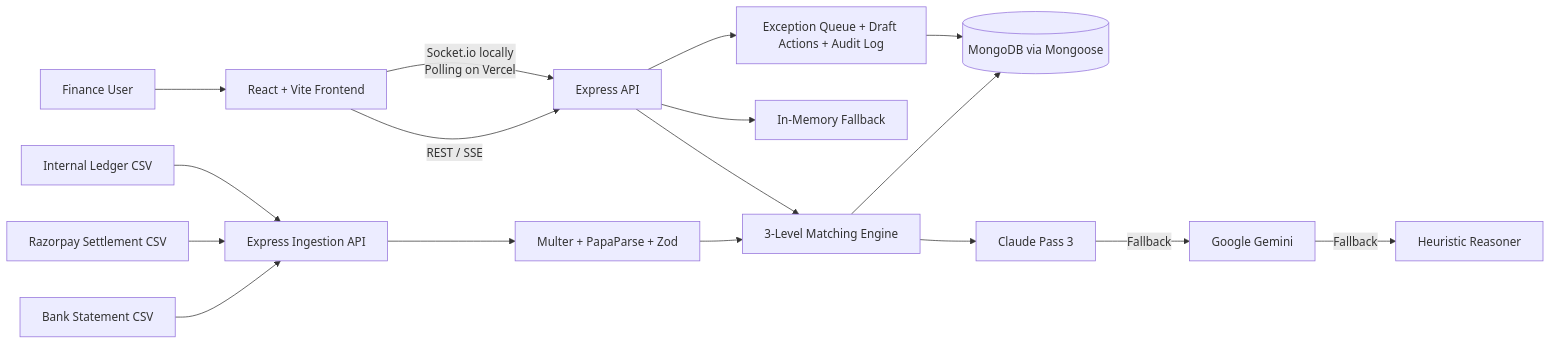
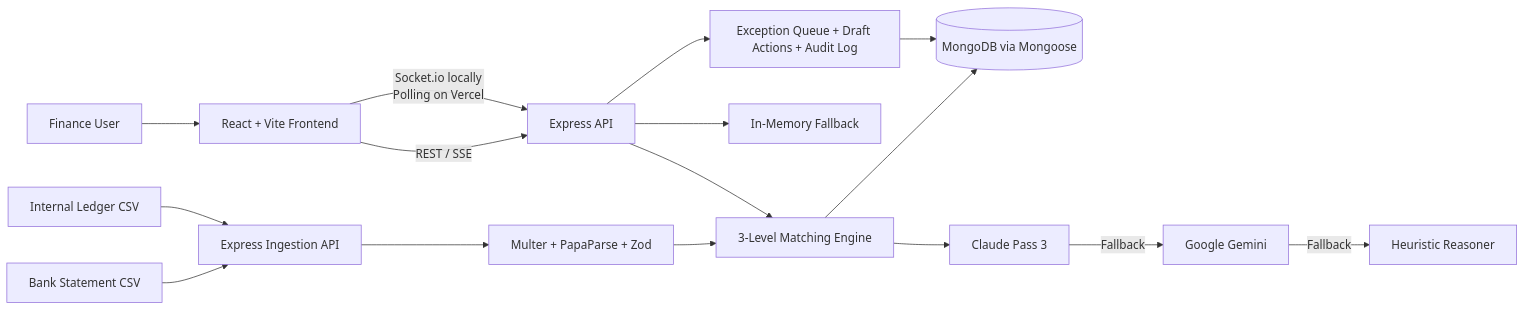
One commit to Karan174Pareek/Reconcile-AI changed the diagram in README.md. Above: the diagram before and after it, drawn with Mermaid. The commit also changed other lines of this file and 50 other files, not shown here.

````diff
--- a/README.md
+++ b/README.md
@@ -25,21 +25,20 @@
 ```mermaid
 flowchart LR
     U[Finance User] --> FE[React + Vite Frontend]
 
     B[Bank Statement CSV] --> ING[Express Ingestion API]
-    R[Razorpay Settlement CSV] --> ING
     L[Internal Ledger CSV] --> ING
 
     FE -->|REST / SSE| API[Express API]
     FE -->|Socket.io locally<br/>Polling on Vercel| API
     ING --> VAL[Multer + PapaParse + Zod]
     VAL --> ENG[3-Level Matching Engine]
     API --> ENG
     ENG --> DB[(MongoDB via Mongoose)]
     API --> MEM[In-Memory Fallback]
     ENG --> AI[Claude Pass 3]
     AI -->|Fallback| GEM[Google Gemini]
     GEM -->|Fallback| HEU[Heuristic Reasoner]
     API --> HITL[Exception Queue + Draft Actions + Audit Log]
     HITL --> DB
 ```
````
